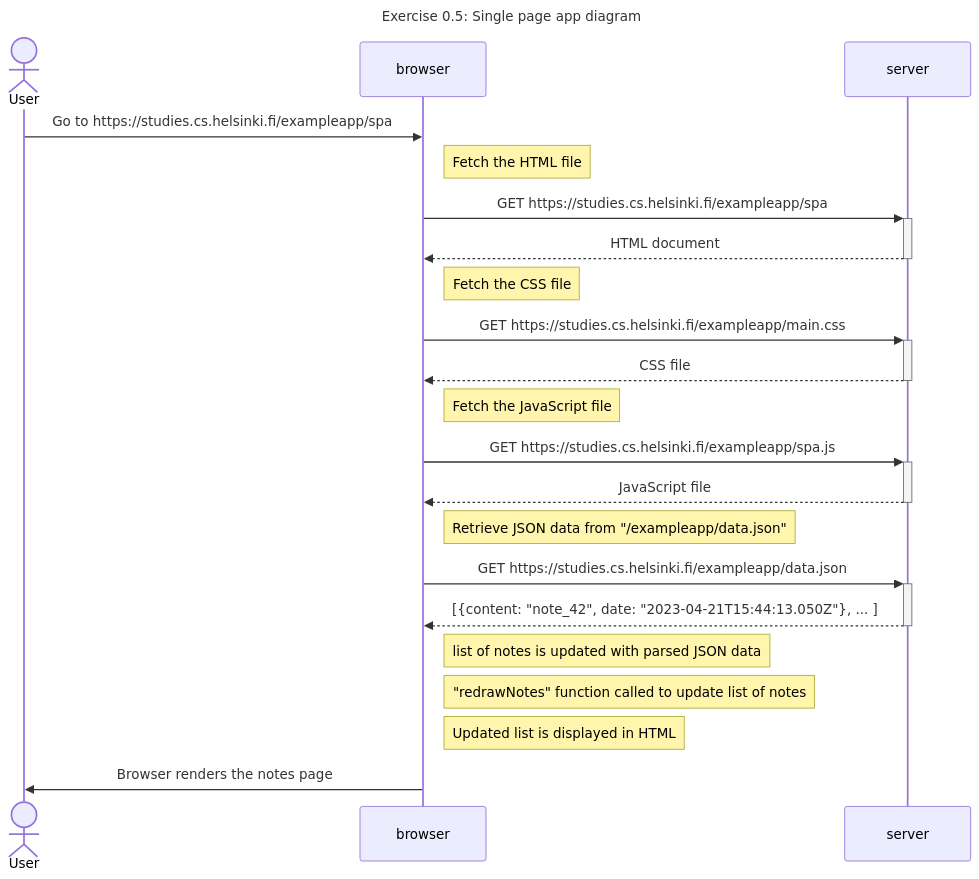
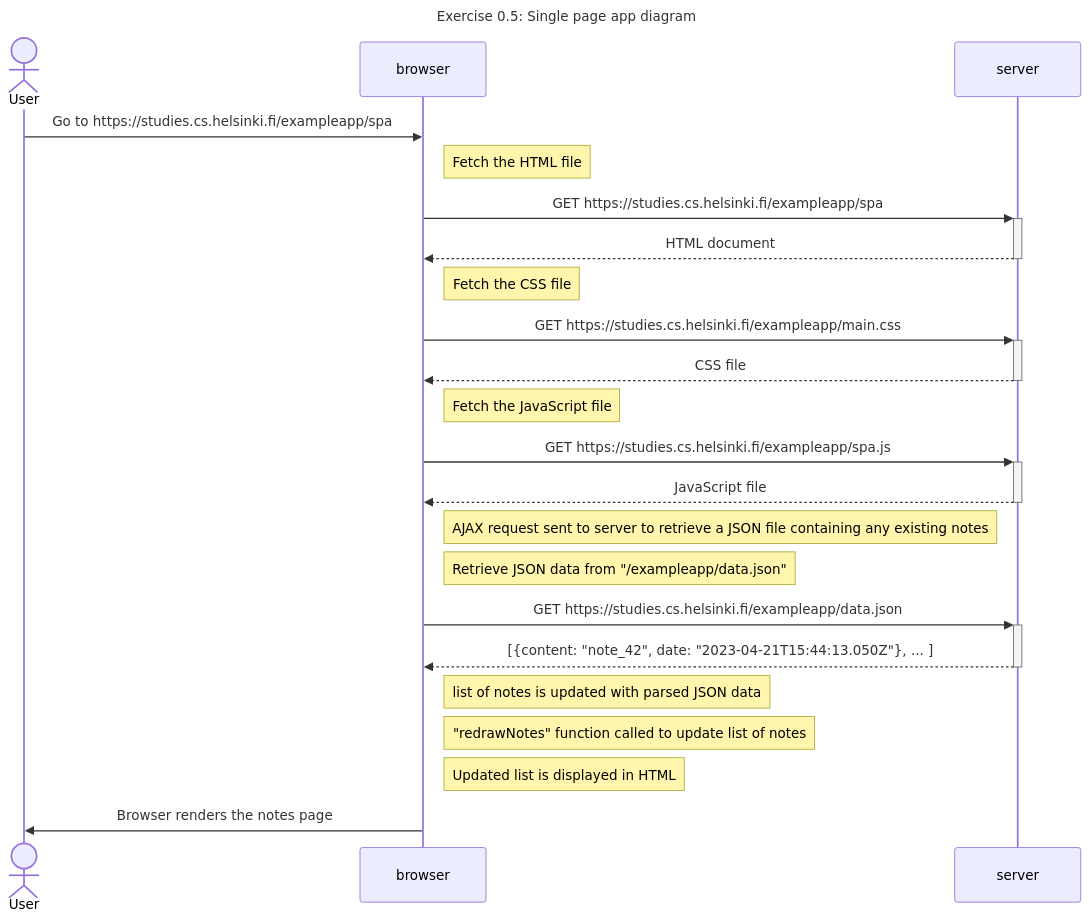
Before and after one commit to azriel-stephen/fullstack-open: the diagram in part0/0.5_SinglePageAppDiagram.md, drawn with Mermaid.

Commit message:
added note for 0.5

````diff
--- a/part0/0.5_SinglePageAppDiagram.md
+++ b/part0/0.5_SinglePageAppDiagram.md
@@ -1,26 +1,27 @@
 ```mermaid
 sequenceDiagram
     title: Exercise 0.5: Single page app diagram
     actor User
     User ->> browser: Go to https://studies.cs.helsinki.fi/exampleapp/spa
 
     note right of browser: Fetch the HTML file
     browser->>+server: GET https://studies.cs.helsinki.fi/exampleapp/spa
     server-->>-browser: HTML document
 
     note right of browser: Fetch the CSS file
     browser->>+server: GET https://studies.cs.helsinki.fi/exampleapp/main.css
     server-->>-browser: CSS file
 
     note right of browser: Fetch the JavaScript file
     browser->>+server: GET https://studies.cs.helsinki.fi/exampleapp/spa.js
     server-->>-browser: JavaScript file
 
+    Note right of browser: AJAX request sent to server to retrieve a JSON file containing any existing notes
     Note right of browser: Retrieve JSON data from "/exampleapp/data.json"
     browser->>+server: GET https://studies.cs.helsinki.fi/exampleapp/data.json
     server-->>-browser: [{content: "note_42", date: "2023-04-21T15:44:13.050Z"}, ... ]
     Note right of browser: list of notes is updated with parsed JSON data
     Note right of browser: "redrawNotes" function called to update list of notes
     Note right of browser: Updated list is displayed in HTML
     browser->> User: Browser renders the notes page
 ```
````
